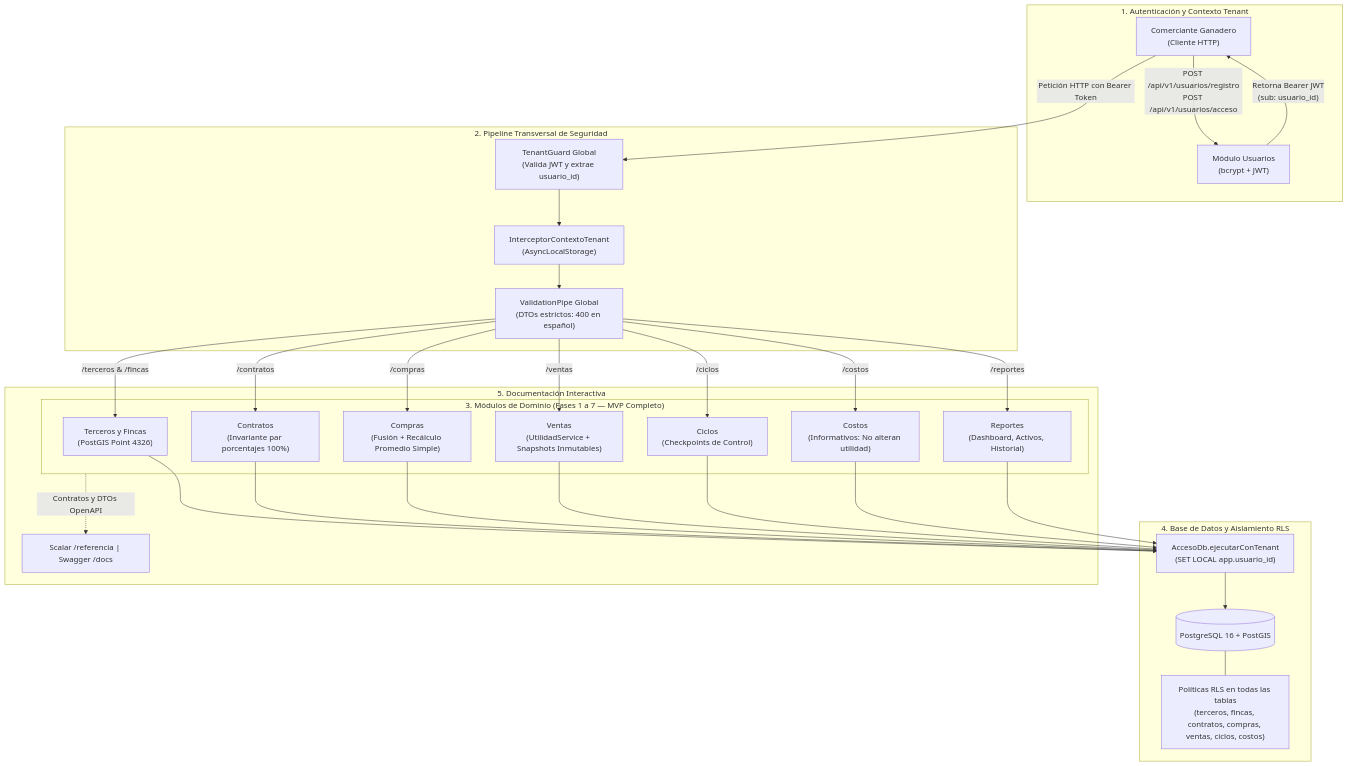
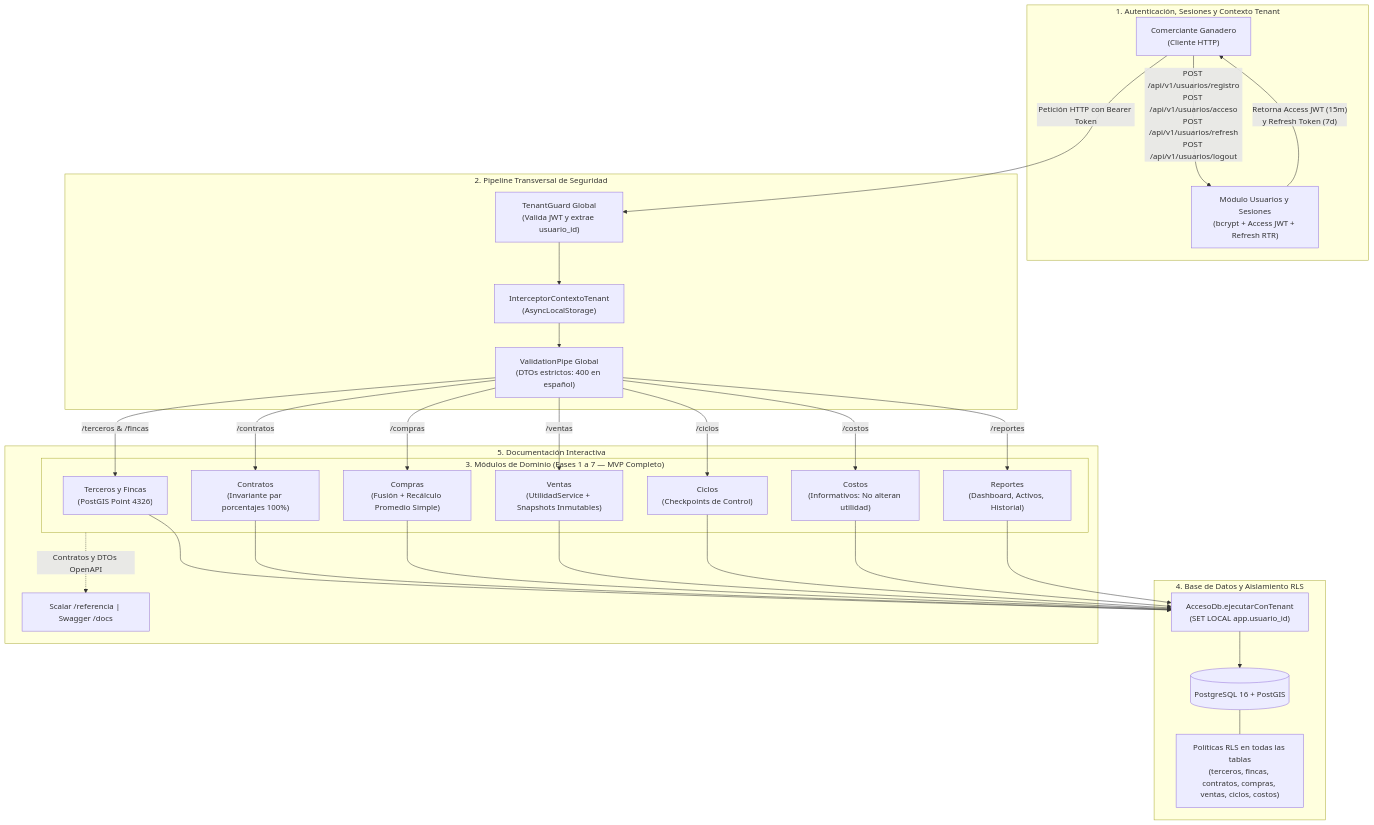
The second of 2 diagrams in README.md (MQuintana0/Elinain), drawn with Mermaid before and after one commit. The commit also changed other lines of this file and 1 other file, not shown here.

Commit message:
docs(auth): actualizar README y variables de entorno para refresh tokens y sesiones

````diff
--- a/README.md
+++ b/README.md
@@ -87,34 +86,34 @@
 ```mermaid
 flowchart TD
-    subgraph Identidad["1. Autenticación y Contexto Tenant"]
-        User["Comerciante Ganadero\n(Cliente HTTP)"] -- "POST /api/v1/usuarios/registro\nPOST /api/v1/usuarios/acceso" --> Auth["Módulo Usuarios\n(bcrypt + JWT)"]
-        Auth -- "Retorna Bearer JWT\n(sub: usuario_id)" --> User
+    subgraph Identidad["1. Autenticación, Sesiones y Contexto Tenant"]
+        User["Comerciante Ganadero\n(Cliente HTTP)"] -- "POST /api/v1/usuarios/registro\nPOST /api/v1/usuarios/acceso\nPOST /api/v1/usuarios/refresh\nPOST /api/v1/usuarios/logout" --> Auth["Módulo Usuarios y Sesiones\n(bcrypt + Access JWT + Refresh RTR)"]
+        Auth -- "Retorna Access JWT (15m)\ny Refresh Token (7d)" --> User
     end
 
     subgraph Seguridad["2. Pipeline Transversal de Seguridad"]
         User -- "Petición HTTP con Bearer Token" --> TG["TenantGuard Global\n(Valida JWT y extrae usuario_id)"]
         TG --> ICT["InterceptorContextoTenant\n(AsyncLocalStorage)"]
         ICT --> VP["ValidationPipe Global\n(DTOs estrictos: 400 en español)"]
     end
 
     subgraph Dominio["3. Módulos de Dominio (Fases 1 a 7 — MVP Completo)"]
         VP -- "/terceros & /fincas" --> TF["Terceros y Fincas\n(PostGIS Point 4326)"]
         VP -- "/contratos" --> CT["Contratos\n(Invariante par porcentajes 100%)"]
         VP -- "/compras" --> CP["Compras\n(Fusión + Recálculo Promedio Simple)"]
         VP -- "/ventas" --> VT["Ventas\n(UtilidadService + Snapshots Inmutables)"]
         VP -- "/ciclos" --> CI["Ciclos\n(Checkpoints de Control)"]
         VP -- "/costos" --> CS["Costos\n(Informativos: No alteran utilidad)"]
         VP -- "/reportes" --> RP["Reportes\n(Dashboard, Activos, Historial)"]
     end
 
     subgraph Persistencia["4. Base de Datos y Aislamiento RLS"]
         TF & CT & CP & VT & CI & CS & RP --> ADB["AccesoDb.ejecutarConTenant\n(SET LOCAL app.usuario_id)"]
         ADB --> PG[("PostgreSQL 16 + PostGIS")]
 
         PG --- RLS["Políticas RLS en todas las tablas\n(terceros, fincas, contratos, compras, ventas, ciclos, costos)"]
     end
 
     subgraph Docs["5. Documentación Interactiva"]
     Dominio -. "Contratos y DTOs OpenAPI" .-> DOCS["Scalar /referencia | Swagger /docs"]
     end
 ```
````
